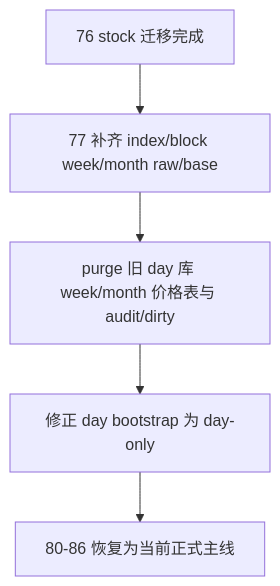
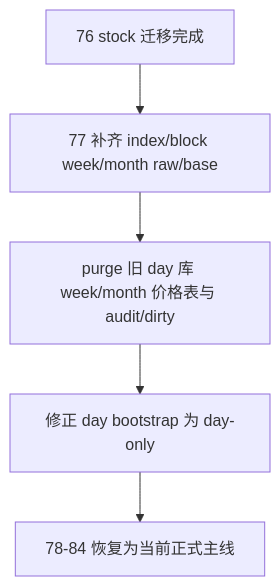
The diagram in docs/03-execution/77-raw-base-timeframe-split-tail-completion-conclusion-20260418.md (everything-is-simple/lifespan-0.01), drawn with Mermaid before and after one commit. The commit also changed other lines of this file and 86 other files, not shown here.

````diff
--- a/docs/03-execution/77-raw-base-timeframe-split-tail-completion-conclusion-20260418.md
+++ b/docs/03-execution/77-raw-base-timeframe-split-tail-completion-conclusion-20260418.md
@@ -39,7 +39,7 @@
 ```mermaid
 flowchart TD
     A["76 stock 迁移完成"] --> B["77 补齐 index/block week/month raw/base"]
     B --> C["purge 旧 day 库 week/month 价格表与 audit/dirty"]
     C --> D["修正 day bootstrap 为 day-only"]
-    D --> E["80-86 恢复为当前正式主线"]
+    D --> E["78-84 恢复为当前正式主线"]
 ```
````
